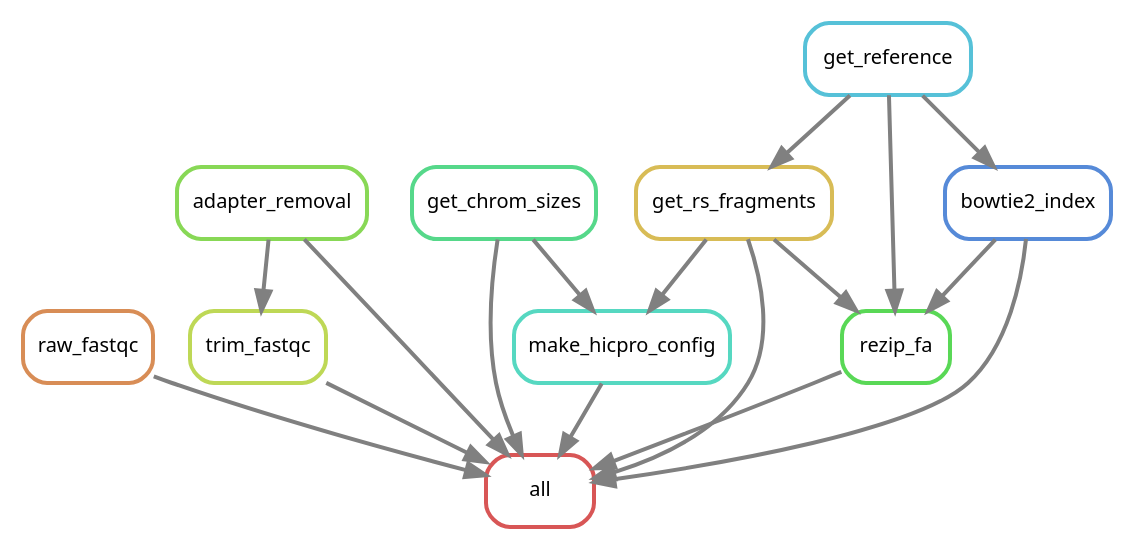
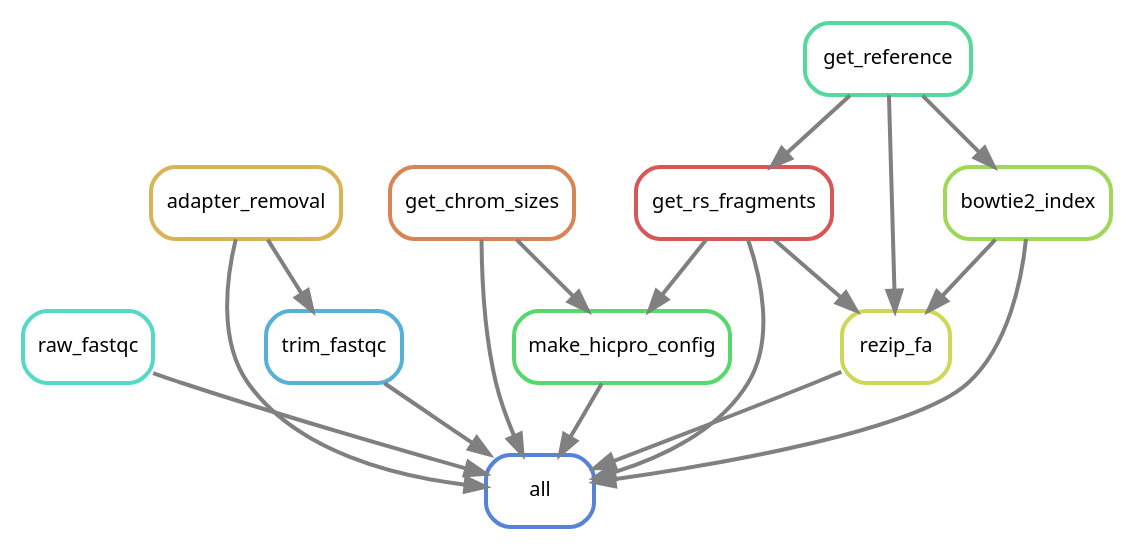
The diagram in output/rulegraph.dot (DRMCRL/ENCODE_T47D_HiC_ENCSR549MGQ), drawn with Graphviz before and after one commit. The commit also changed 2 other files, not shown here.

```diff
--- a/output/rulegraph.dot
+++ b/output/rulegraph.dot
@@ -1,31 +1,31 @@
 digraph snakemake_dag {
     graph[bgcolor=white, margin=0];
     node[shape=box, style=rounded, fontname=sans,                 fontsize=10, penwidth=2];
     edge[penwidth=2, color=grey];
-	0[label = "all", color = "0.00 0.6 0.85", style="rounded"];
-	1[label = "raw_fastqc", color = "0.07 0.6 0.85", style="rounded"];
-	2[label = "bowtie2_index", color = "0.60 0.6 0.85", style="rounded"];
-	3[label = "adapter_removal", color = "0.27 0.6 0.85", style="rounded"];
-	4[label = "trim_fastqc", color = "0.20 0.6 0.85", style="rounded"];
-	5[label = "get_chrom_sizes", color = "0.40 0.6 0.85", style="rounded"];
-	6[label = "make_hicpro_config", color = "0.47 0.6 0.85", style="rounded"];
-	7[label = "get_rs_fragments", color = "0.13 0.6 0.85", style="rounded"];
-	8[label = "rezip_fa", color = "0.33 0.6 0.85", style="rounded"];
-	9[label = "get_reference", color = "0.53 0.6 0.85", style="rounded"];
+	0[label = "all", color = "0.61 0.6 0.85", style="rounded"];
+	1[label = "raw_fastqc", color = "0.48 0.6 0.85", style="rounded"];
+	2[label = "bowtie2_index", color = "0.24 0.6 0.85", style="rounded"];
+	3[label = "get_chrom_sizes", color = "0.06 0.6 0.85", style="rounded"];
+	4[label = "trim_fastqc", color = "0.55 0.6 0.85", style="rounded"];
+	5[label = "adapter_removal", color = "0.12 0.6 0.85", style="rounded"];
+	6[label = "get_rs_fragments", color = "0.00 0.6 0.85", style="rounded"];
+	7[label = "make_hicpro_config", color = "0.36 0.6 0.85", style="rounded"];
+	8[label = "rezip_fa", color = "0.18 0.6 0.85", style="rounded"];
+	9[label = "get_reference", color = "0.42 0.6 0.85", style="rounded"];
+	6 -> 0
+	3 -> 0
+	5 -> 0
+	8 -> 0
+	2 -> 0
+	7 -> 0
 	1 -> 0
-	7 -> 0
 	4 -> 0
-	3 -> 0
-	8 -> 0
-	5 -> 0
-	6 -> 0
-	2 -> 0
 	9 -> 2
-	3 -> 4
-	5 -> 6
-	7 -> 6
-	9 -> 7
-	7 -> 8
+	5 -> 4
+	9 -> 6
+	6 -> 7
+	3 -> 7
+	6 -> 8
 	2 -> 8
 	9 -> 8
 }            
```
